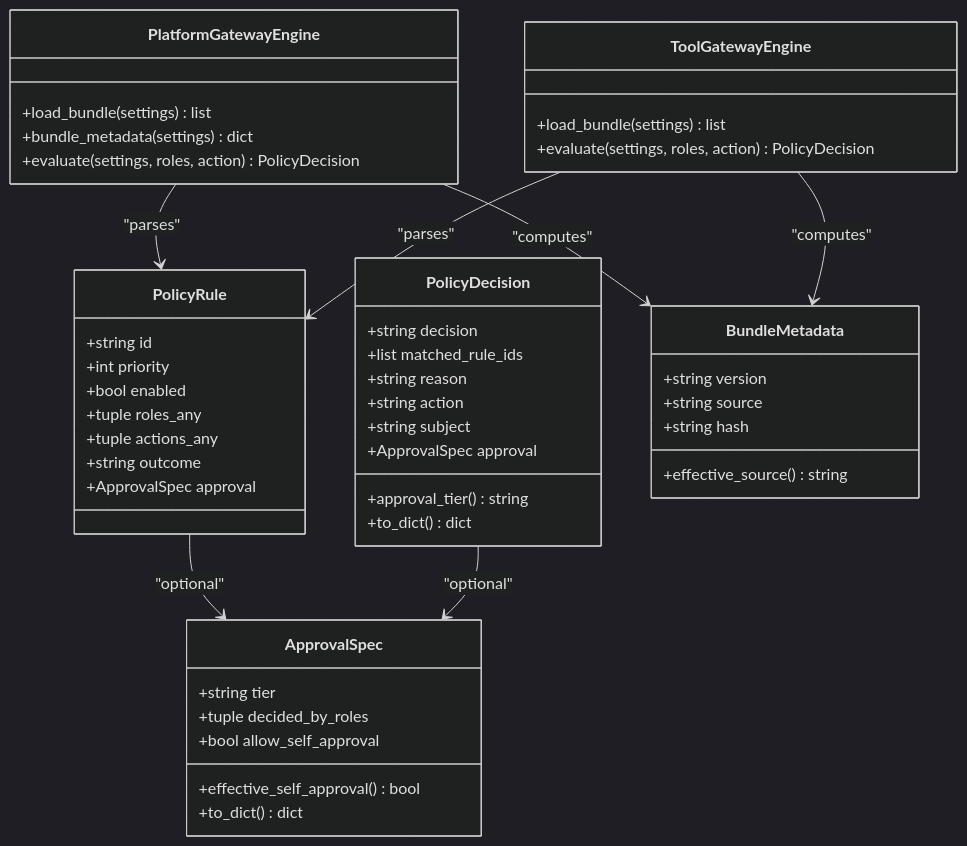
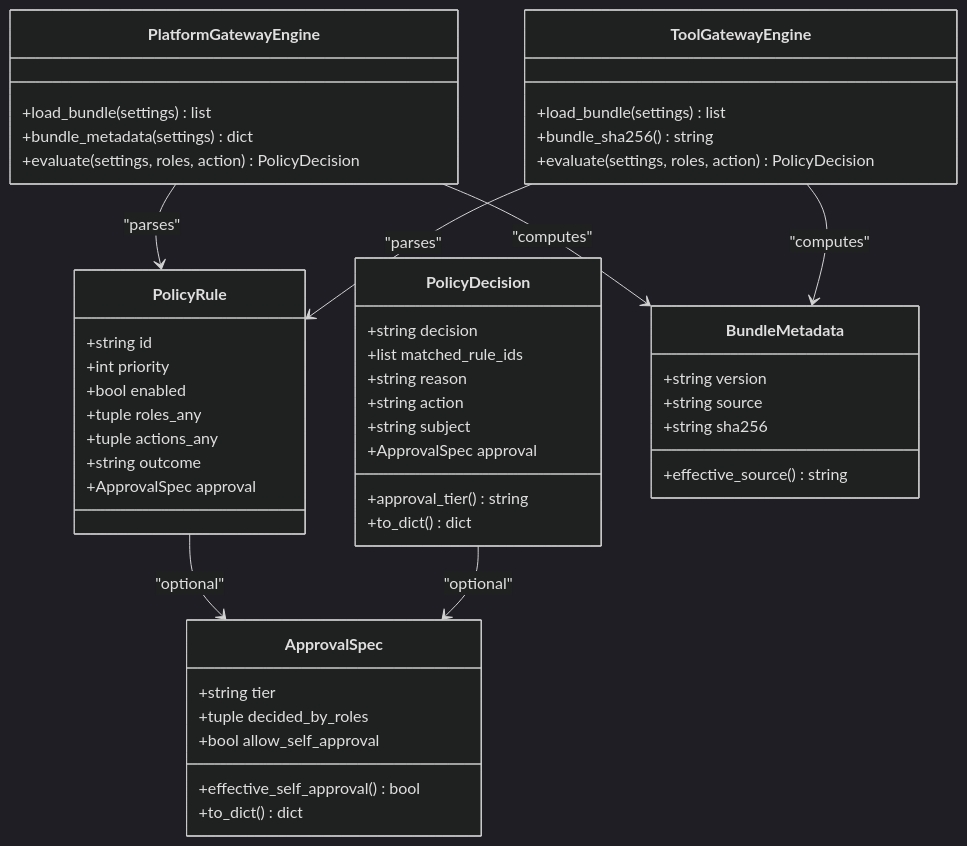
One commit to metasync/luban-aiops changed the third of 7 diagrams in .qoder/repowiki/en/content/Policy Management/Policy Rollout Controls Spike.md. Above: the diagram before and after it, drawn with Mermaid (dark theme). The commit also changed other lines of this file and 35 other files, not shown here.

````diff
--- a/.qoder/repowiki/en/content/Policy Management/Policy Rollout Controls Spike.md
+++ b/.qoder/repowiki/en/content/Policy Management/Policy Rollout Controls Spike.md
@@ -153,50 +155,51 @@
 ```mermaid
 classDiagram
 class PolicyRule {
 +string id
 +int priority
 +bool enabled
 +tuple roles_any
 +tuple actions_any
 +string outcome
 +ApprovalSpec approval
 }
 class ApprovalSpec {
 +string tier
 +tuple decided_by_roles
 +bool allow_self_approval
 +effective_self_approval() bool
 +to_dict() dict
 }
 class PolicyDecision {
 +string decision
 +list matched_rule_ids
 +string reason
 +string action
 +string subject
 +ApprovalSpec approval
 +approval_tier() string
 +to_dict() dict
 }
 class PlatformGatewayEngine {
 +load_bundle(settings) list
 +bundle_metadata(settings) dict
 +evaluate(settings, roles, action) PolicyDecision
 }
 class ToolGatewayEngine {
 +load_bundle(settings) list
++bundle_sha256() string
 +evaluate(settings, roles, action) PolicyDecision
 }
 class BundleMetadata {
 +string version
 +string source
-+string hash
++string sha256
 +effective_source() string
 }
 PlatformGatewayEngine --> PolicyRule : "parses"
 ToolGatewayEngine --> PolicyRule : "parses"
 PlatformGatewayEngine --> BundleMetadata : "computes"
 ToolGatewayEngine --> BundleMetadata : "computes"
 PolicyRule --> ApprovalSpec : "optional"
 PolicyDecision --> ApprovalSpec : "optional"
 ```
````
